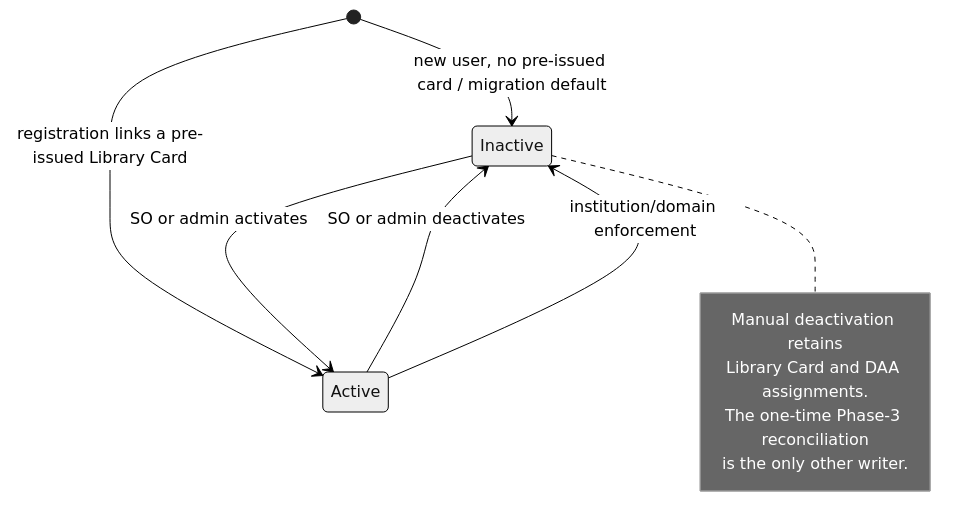
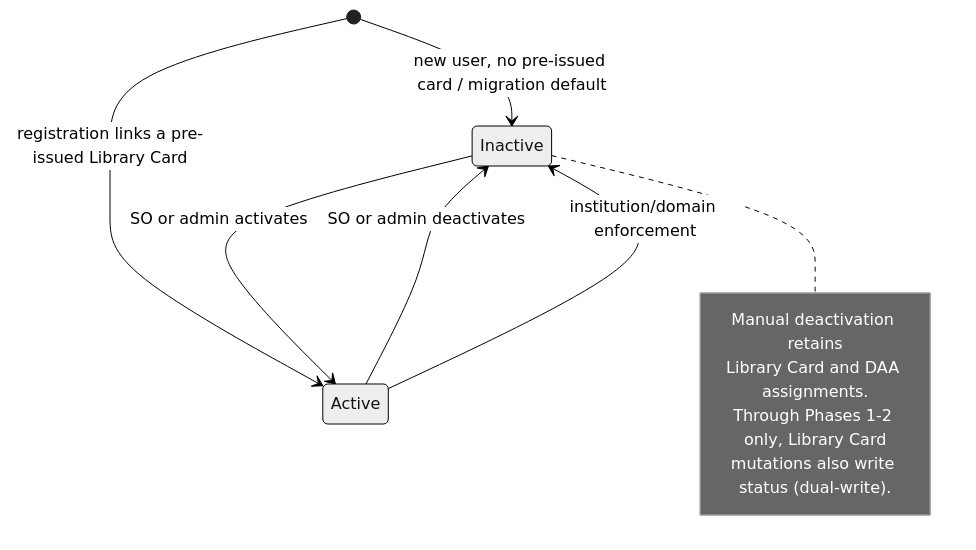
One commit to DataBiosphere/consent changed the second of 3 diagrams in docs/plans/researcher-status-decoupling-plan.md. Above: the diagram before and after it, drawn with Mermaid (neutral theme). The commit also changed other lines of this file, not shown here.

````diff
--- a/docs/plans/researcher-status-decoupling-plan.md
+++ b/docs/plans/researcher-status-decoupling-plan.md
@@ -139,15 +147,15 @@
 ```mermaid
 stateDiagram-v2
   [*] --> Inactive: new user, no pre-issued card / migration default
   [*] --> Active: registration links a pre-issued Library Card
   Inactive --> Active: SO or admin activates
   Active --> Inactive: SO or admin deactivates
   Active --> Inactive: institution/domain enforcement
 
   note right of Inactive
     Manual deactivation retains
     Library Card and DAA assignments.
-    The one-time Phase-3 reconciliation
-    is the only other writer.
+    Through Phases 1-2 only, Library Card
+    mutations also write status (dual-write).
   end note
 ```
````
